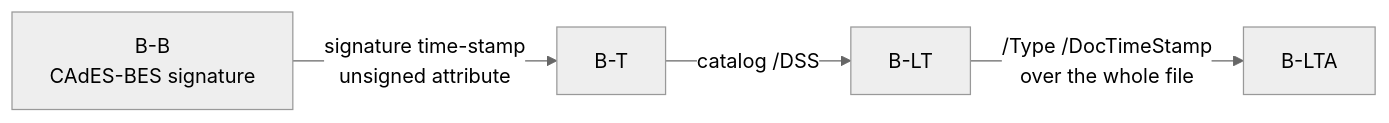
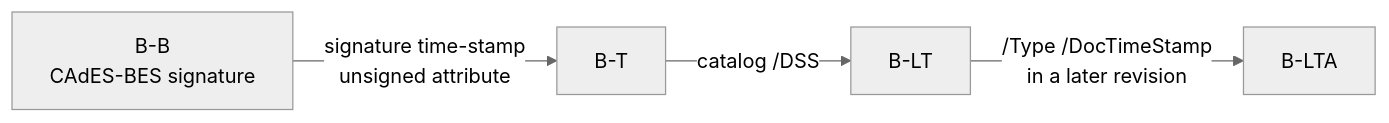
One commit to mgilbir/pdf0 changed the diagram in docs/signing.md. Above: the diagram before and after it, drawn with Mermaid (neutral theme). The commit also changed other lines of this file and 5 other files, not shown here.

````diff
--- a/docs/signing.md
+++ b/docs/signing.md
@@ -146,6 +262,6 @@
 ```mermaid
 flowchart LR
     BB["B-B<br/>CAdES-BES signature"] -->|signature time-stamp<br/>unsigned attribute| BT["B-T"]
     BT -->|catalog /DSS| BLT["B-LT"]
-    BLT -->|/Type /DocTimeStamp<br/>over the whole file| BLTA["B-LTA"]
+    BLT -->|/Type /DocTimeStamp<br/>in a later revision| BLTA["B-LTA"]
 ```
````
